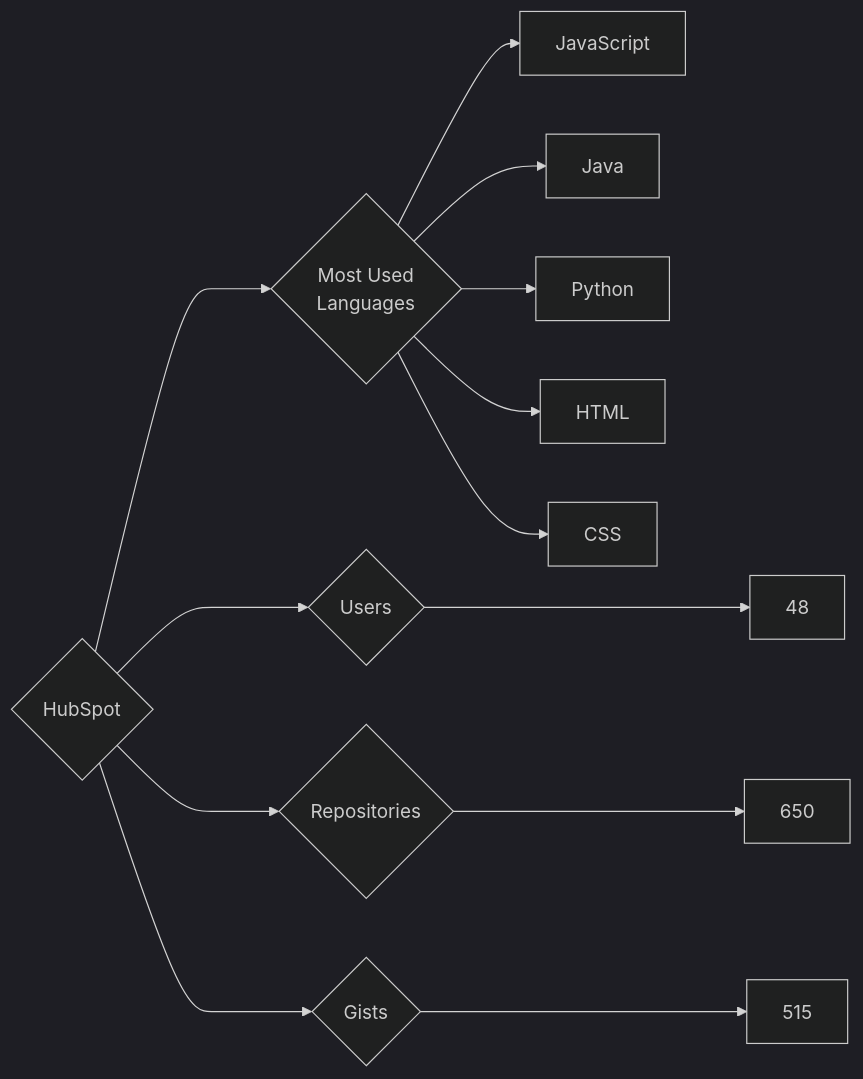
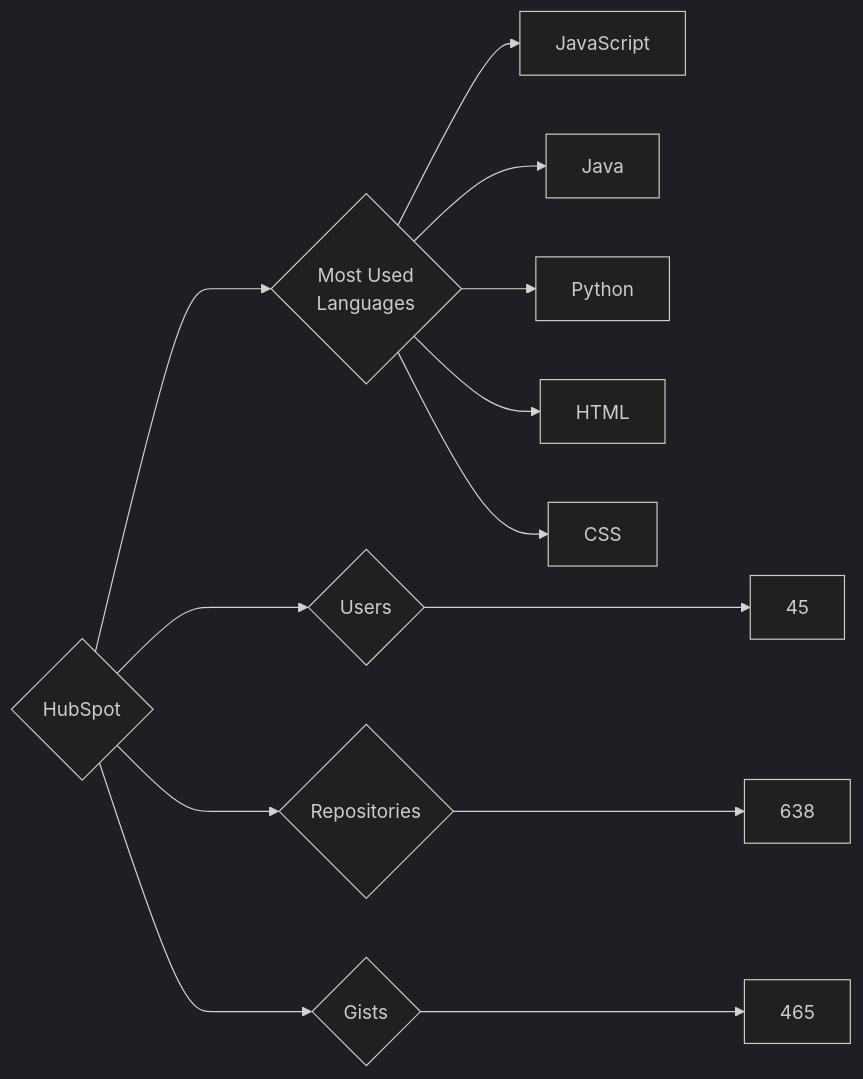
The diagram in targets/HubSpot/README.md (trickest/insiders), drawn with Mermaid (dark theme) before and after one commit. The commit also changed 721 other files, not shown here.

````diff
--- a/targets/HubSpot/README.md
+++ b/targets/HubSpot/README.md
@@ -3,13 +3,13 @@
 ```mermaid
 graph LR
 COMPANY_NAME{HubSpot}
-COMPANY_NAME ---> U{Users} ---> UN[48]
-COMPANY_NAME ---> R{Repositories} ---> RN[650]
-COMPANY_NAME ---> G{Gists} ---> GN[515]
+COMPANY_NAME ---> U{Users} ---> UN[45]
+COMPANY_NAME ---> R{Repositories} ---> RN[638]
+COMPANY_NAME ---> G{Gists} ---> GN[465]
 COMPANY_NAME ---> ML{Most Used<br>Languages}
 ML --> JavaScript[JavaScript]
 ML --> Java[Java]
 ML --> Python[Python]
 ML --> HTML[HTML]
 ML --> CSS[CSS]
 ```
````
